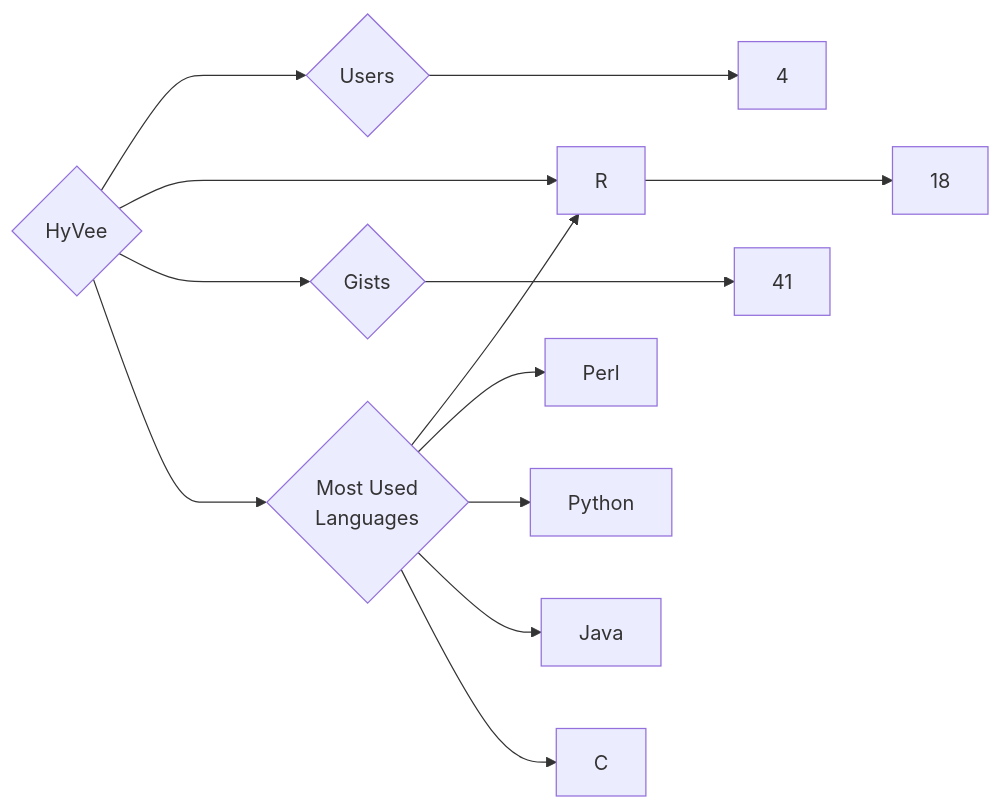
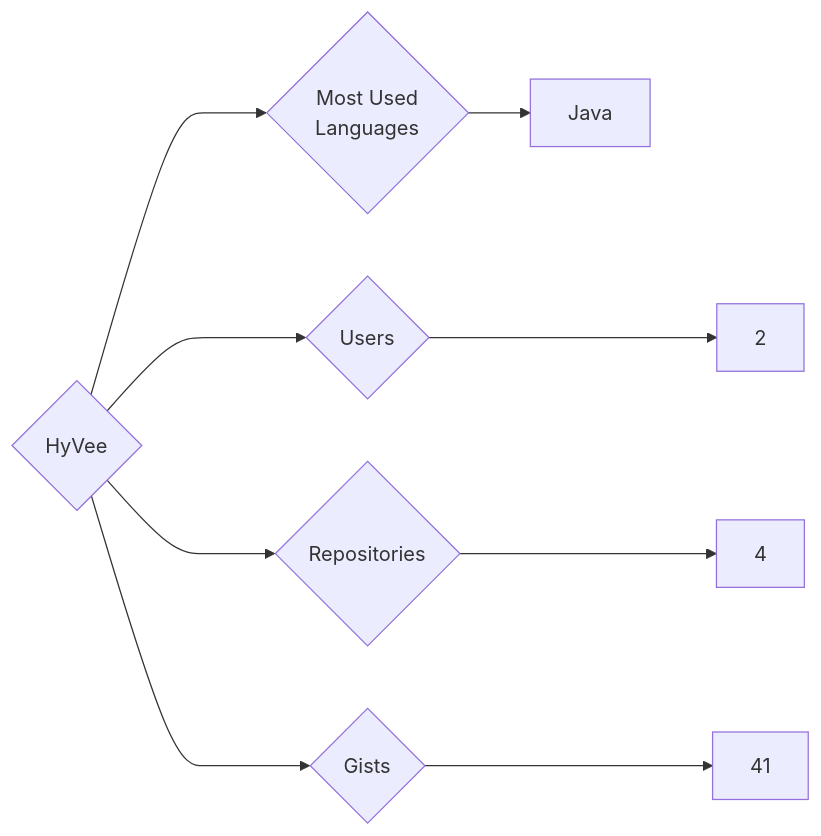
Before and after one commit to trickest/insiders: the diagram in targets/HyVee/README.md, drawn with Mermaid. The commit also changed 840 other files, not shown here.

````diff
--- a/targets/HyVee/README.md
+++ b/targets/HyVee/README.md
@@ -3,13 +3,9 @@
 ```mermaid
 graph LR
 COMPANY_NAME{HyVee}
-COMPANY_NAME ---> U{Users} ---> UN[4]
-COMPANY_NAME ---> R{Repositories} ---> RN[18]
+COMPANY_NAME ---> U{Users} ---> UN[2]
+COMPANY_NAME ---> R{Repositories} ---> RN[4]
 COMPANY_NAME ---> G{Gists} ---> GN[41]
 COMPANY_NAME ---> ML{Most Used<br>Languages}
-ML --> R[R]
-ML --> Perl[Perl]
-ML --> Python[Python]
 ML --> Java[Java]
-ML --> C[C]
 ```
````
